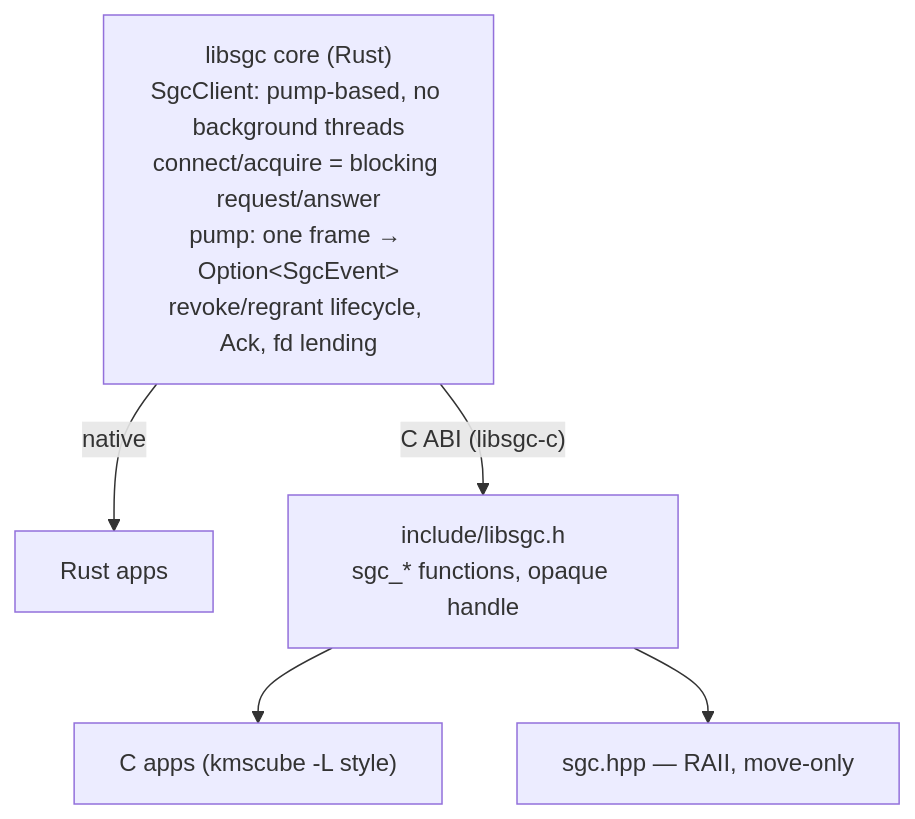
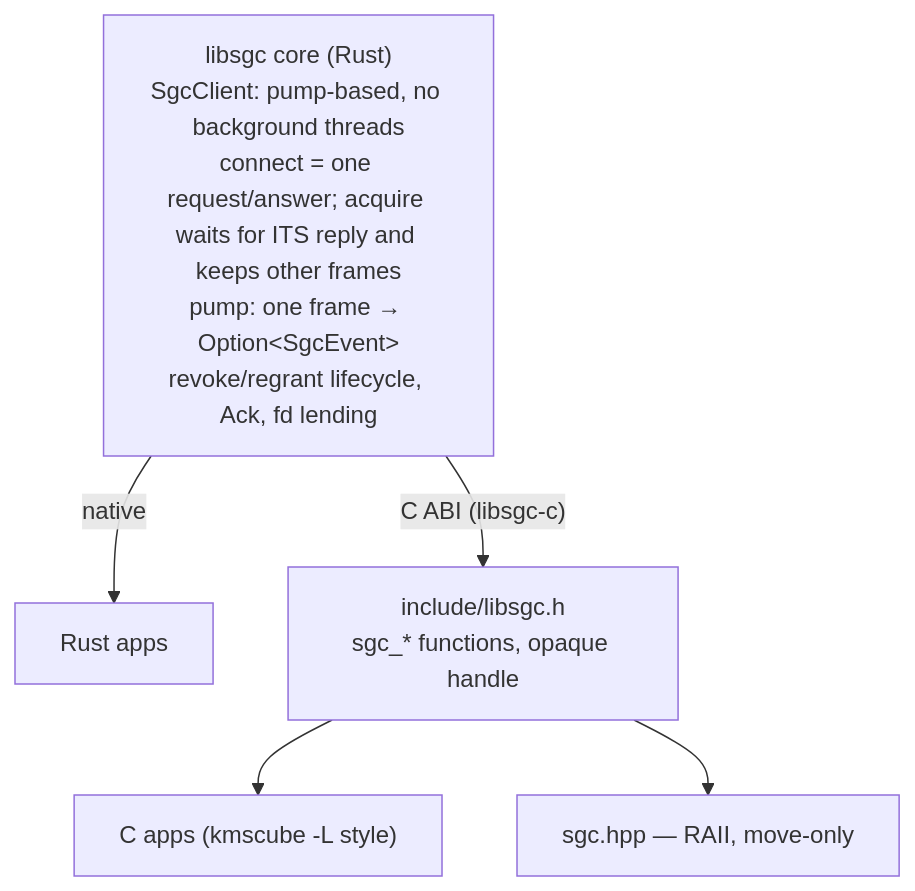
The first of 2 diagrams in docs/libsgc.md (lulkien/libsgc-rs), drawn with Mermaid before and after one commit. The commit also changed other lines of this file and 1 other file, not shown here.

First line of the commit message:
docs: acquire waits for its own reply, and the list is an event

````diff
--- a/docs/libsgc.md
+++ b/docs/libsgc.md
@@ -19,8 +19,8 @@
 ```mermaid
 flowchart TD
-    Core["libsgc core (Rust)<br/>SgcClient: pump-based, no background threads<br/>connect/acquire = blocking request/answer<br/>pump: one frame → Option&lt;SgcEvent&gt;<br/>revoke/regrant lifecycle, Ack, fd lending"]
+    Core["libsgc core (Rust)<br/>SgcClient: pump-based, no background threads<br/>connect = one request/answer; acquire waits for ITS reply and keeps other frames<br/>pump: one frame → Option&lt;SgcEvent&gt;<br/>revoke/regrant lifecycle, Ack, fd lending"]
     Core -->|native| Rust["Rust apps"]
     Core -->|"C ABI (libsgc-c)"| CApi["include/libsgc.h<br/>sgc_* functions, opaque handle"]
     CApi --> C["C apps (kmscube -L style)"]
     CApi --> CPP["sgc.hpp — RAII, move-only"]
 ```
````
